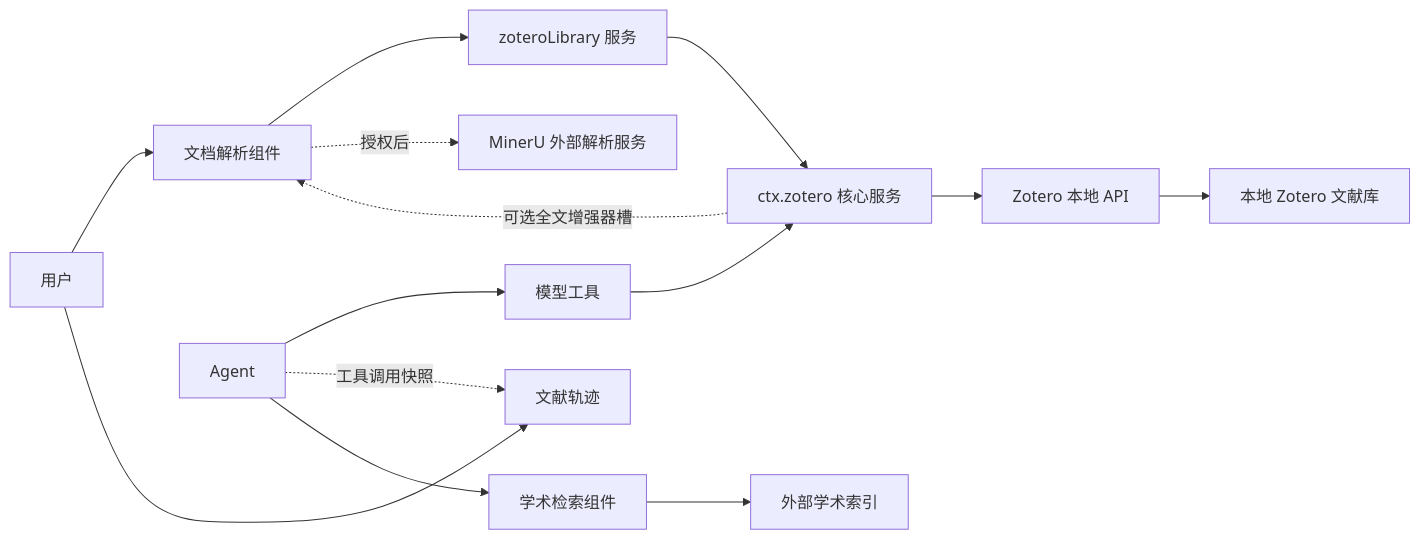
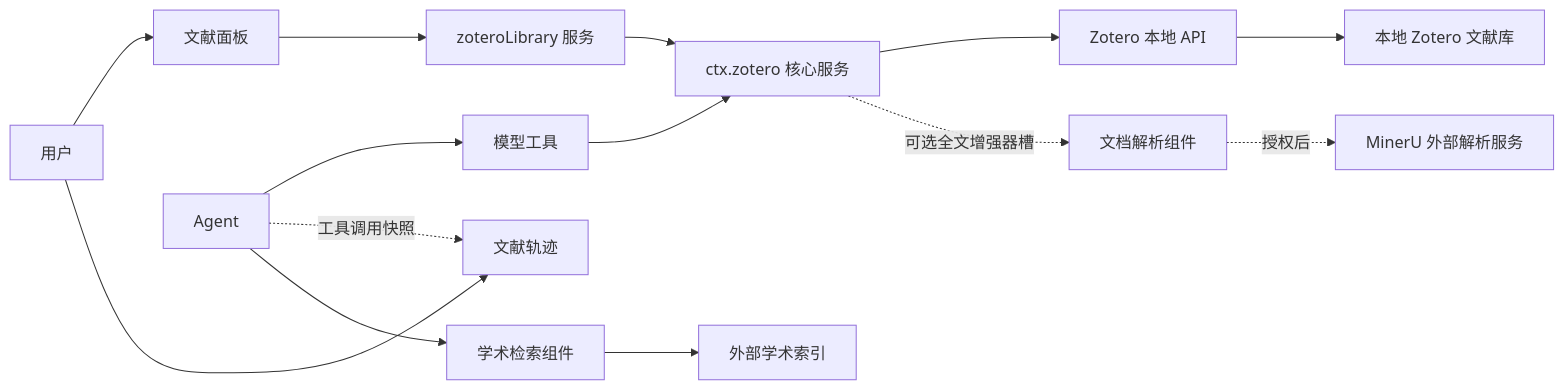
One commit to Vncntvx/dsh-zotero changed the diagram in docs/product-model.md. Above: the diagram before and after it, drawn with Mermaid. The commit also changed other lines of this file and 155 other files, not shown here.

````diff
--- a/docs/product-model.md
+++ b/docs/product-model.md
@@ -58,14 +58,14 @@
 ```mermaid
 graph LR
     U[用户] --> P[文献面板]
     A[Agent] --> T[模型工具]
     P --> LS[zoteroLibrary 服务]
     T --> S[ctx.zotero 核心服务]
     LS --> S
     S --> Z[Zotero 本地 API]
     Z --> L[本地 Zotero 文献库]
     A -.->|工具调用快照| TR[文献轨迹]
     U --> TR
     A --> X[学术检索组件] --> E[外部学术索引]
-    S -.->|可选全文增强器槽| P[文档解析组件] -.->|授权后| M[MinerU 外部解析服务]
+    S -.->|可选全文增强器槽| PA[文档解析组件] -.->|授权后| M[MinerU 外部解析服务]
 ```
````
